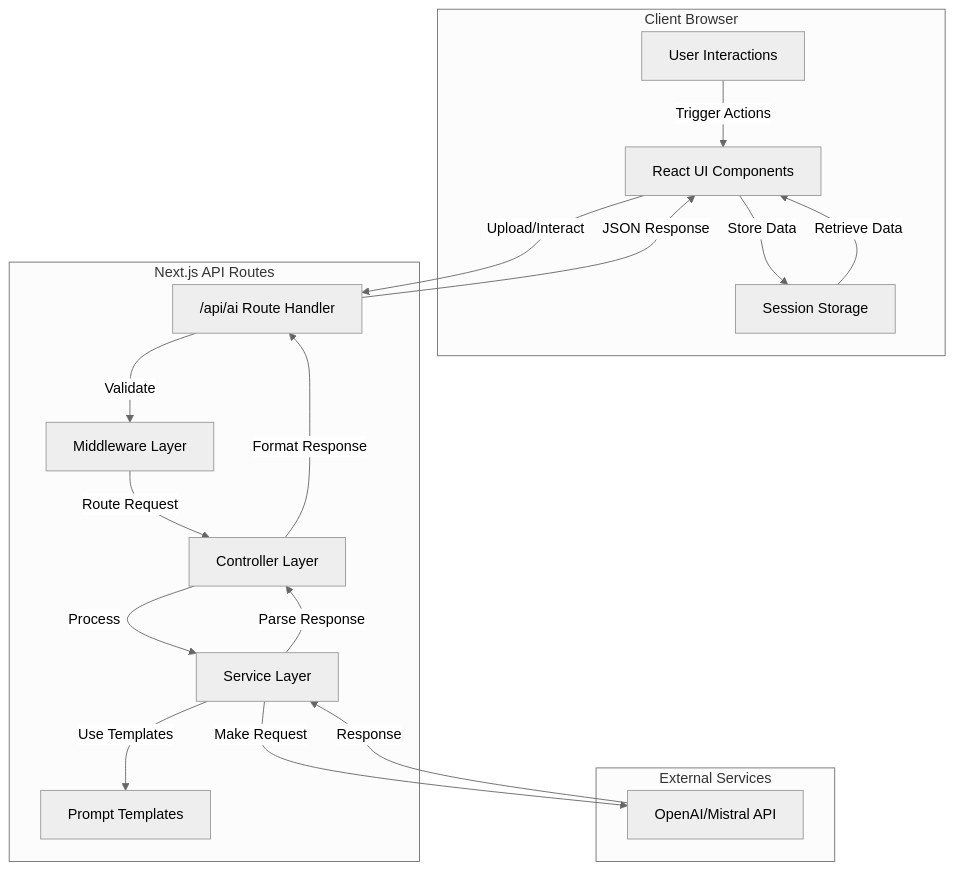
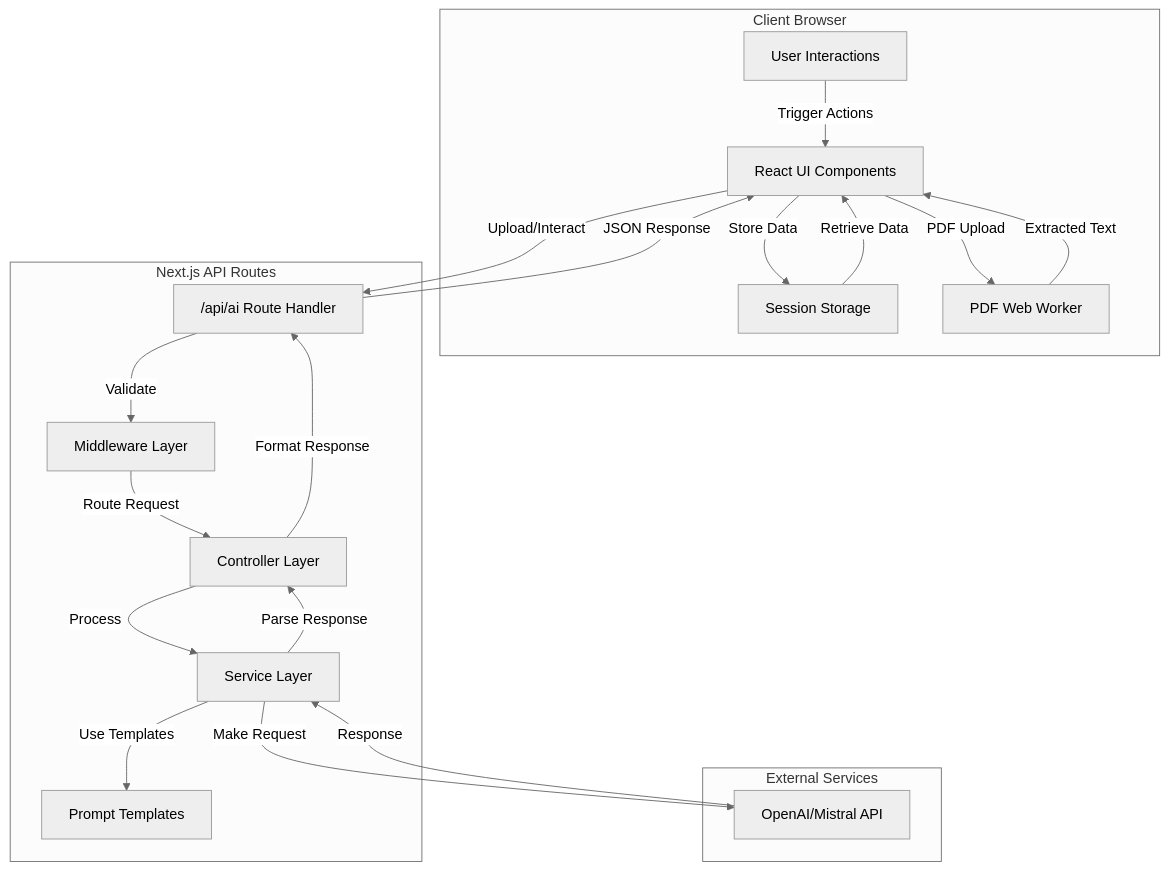
One commit to CyranoB/flash_cards changed the first of 4 diagrams in docs/architecture_diagram.md. Above: the diagram before and after it, drawn with Mermaid (neutral theme). The commit also changed other lines of this file and 25 other files, not shown here.

````diff
--- a/docs/architecture_diagram.md
+++ b/docs/architecture_diagram.md
@@ -7,34 +7,37 @@
 ```mermaid
 graph TD
     subgraph "Client Browser"
         UI[React UI Components]
         Storage[Session Storage]
         Interactions[User Interactions]
+        PDFWorker[PDF Web Worker]
     end
 
     subgraph "Next.js API Routes"
         Route["/api/ai Route Handler"]
         Middleware[Middleware Layer]
         Controllers[Controller Layer]
         Services[Service Layer]
         Prompts[Prompt Templates]
     end
 
     subgraph "External Services"
         AI[OpenAI/Mistral API]
     end
 
     UI --> |Upload/Interact| Route
+    UI --> |PDF Upload| PDFWorker
+    PDFWorker --> |Extracted Text| UI
     Route --> |Validate| Middleware
     Middleware --> |Route Request| Controllers
     Controllers --> |Process| Services
     Services --> |Use Templates| Prompts
     Services --> |Make Request| AI
     AI --> |Response| Services
     Services --> |Parse Response| Controllers
     Controllers --> |Format Response| Route
     Route --> |JSON Response| UI
     UI --> |Store Data| Storage
     Storage --> |Retrieve Data| UI
     Interactions --> |Trigger Actions| UI
 ```
````
